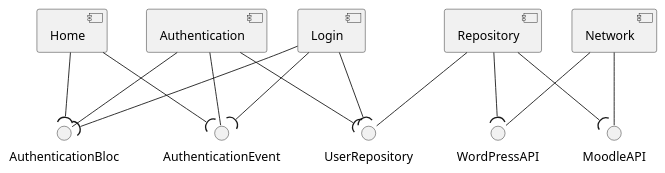
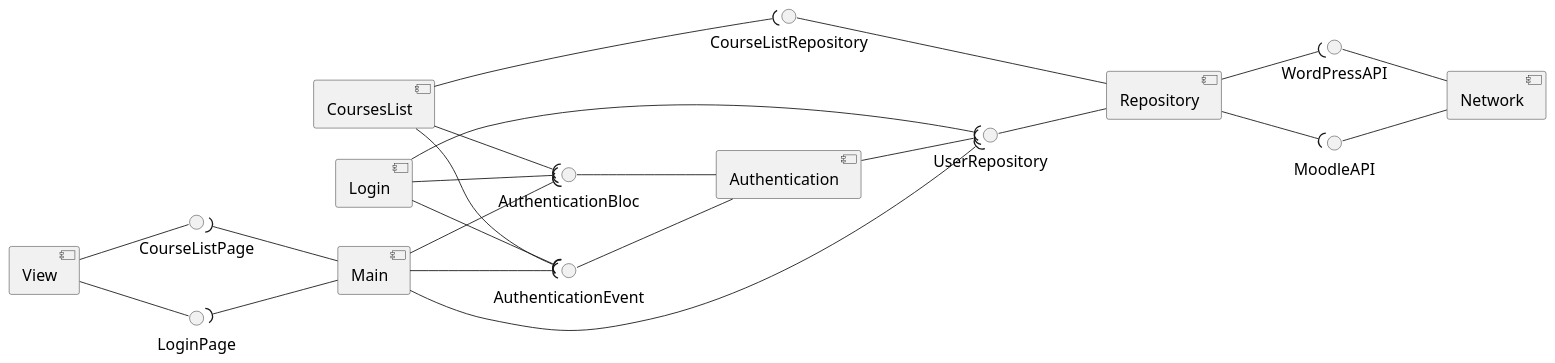
The diagram in docs/architektur-draft.md (smartens/es4students), drawn with PlantUML before and after one commit. The commit also changed 1 other file, not shown here.

Commit message:
Update architektur

```diff
--- a/docs/architektur-draft.md
+++ b/docs/architektur-draft.md
@@ -1,23 +1,40 @@
 @startuml
+left to right direction
+skinparam componentStyle uml2
+skinparam component {
+  FontSize 18
+}
+skinparam interface {
+    FontSize 18
+}
 
-skinparam componentStyle uml2
+[View] -d- LoginPage
+[View] -d- CourseListPage
 
-[Login] --( UserRepository
+[Main] -u-( LoginPage
+[Main] -u-( CourseListPage
+[Main] -d-( UserRepository
+[Main] -d-( AuthenticationBloc
+[Main] -d-( AuthenticationEvent
+
+[Login] -d-( UserRepository
 [Login] --( AuthenticationEvent
 [Login] --( AuthenticationBloc
 
-[Authentication] -- AuthenticationEvent
-[Authentication] -- AuthenticationBloc
-[Authentication] --( UserRepository
+[Authentication] -u- AuthenticationEvent
+[Authentication] -u- AuthenticationBloc
+[Authentication] -d-( UserRepository
 
-[Repository] -- UserRepository
-[Repository] --( MoodleAPI
-[Repository] --( WordPressAPI
+[Repository] -u- UserRepository
+[Repository] -u- CourseListRepository
+[Repository] -d-( MoodleAPI
+[Repository] -d-( WordPressAPI
 
-[Network] -- MoodleAPI
-[Network] -- WordPressAPI
+[Network] -u- MoodleAPI
+[Network] -u- WordPressAPI
 
-[Home] --( AuthenticationEvent
-[Home] --( AuthenticationBloc
+[CoursesList] --( AuthenticationEvent
+[CoursesList] --( AuthenticationBloc
+[CoursesList] -d-( CourseListRepository
 
 @enduml
```
